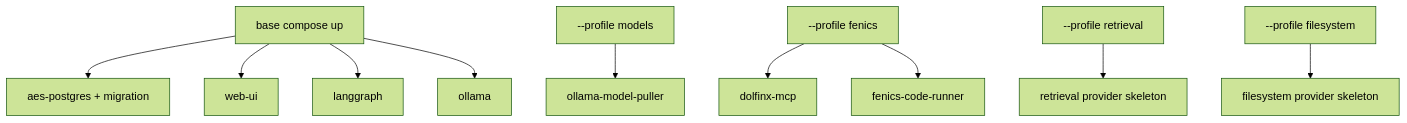
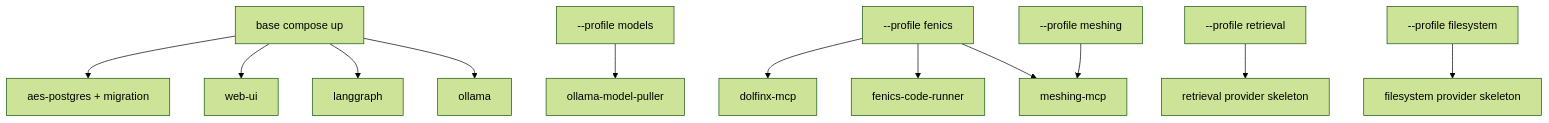
Before and after one commit to RadmirG/AES: the third of 4 diagrams in deploy/architecture.md, drawn with Mermaid (forest theme). The commit also changed other lines of this file and 60 other files, not shown here.

````diff
--- a/deploy/architecture.md
+++ b/deploy/architecture.md
@@ -70,12 +70,14 @@
 ```mermaid
 flowchart TD
     A["base compose up"] --> DB["aes-postgres + migration"]
     A --> B["web-ui"]
     A --> C["langgraph"]
     A --> D["ollama"]
     E["--profile models"] --> F["ollama-model-puller"]
     G["--profile fenics"] --> H["dolfinx-mcp"]
     G --> I["fenics-code-runner"]
+    G --> MESHER["meshing-mcp"]
+    N["--profile meshing"] --> MESHER
     J["--profile retrieval"] --> K["retrieval provider skeleton"]
     L["--profile filesystem"] --> M["filesystem provider skeleton"]
 ```
````
